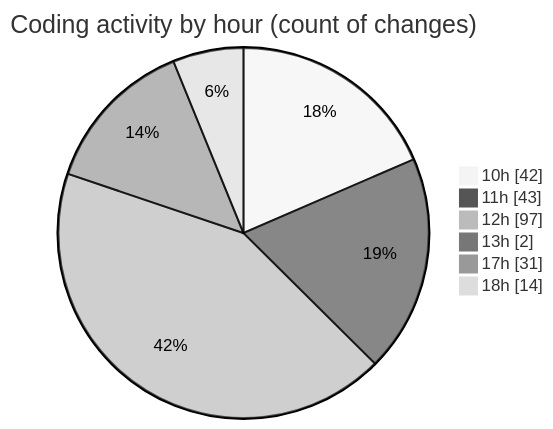
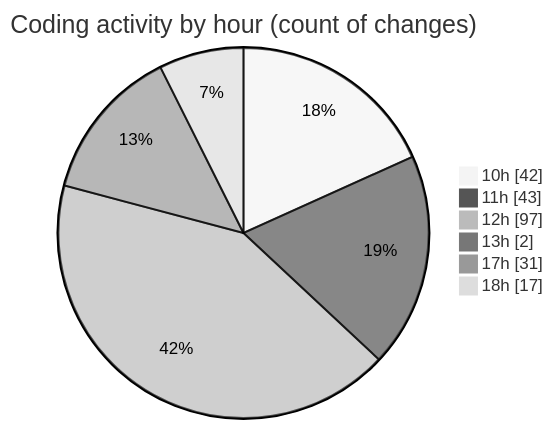
Before and after one commit to CELIANVF/code-tracking: the second of 2 diagrams in 2025-05-15/ecodeli-1/README.md, drawn with Mermaid (neutral theme). The commit also changed other lines of this file and 1 other file, not shown here.

````diff
--- a/2025-05-15/ecodeli-1/README.md
+++ b/2025-05-15/ecodeli-1/README.md
@@ -82,10 +82,10 @@
 ```mermaid
 pie showData
 title Coding activity by hour (count of changes)
 "10h" : 42
 "11h" : 43
 "12h" : 97
 "13h" : 2
 "17h" : 31
-"18h" : 14
+"18h" : 17
 ```
````
